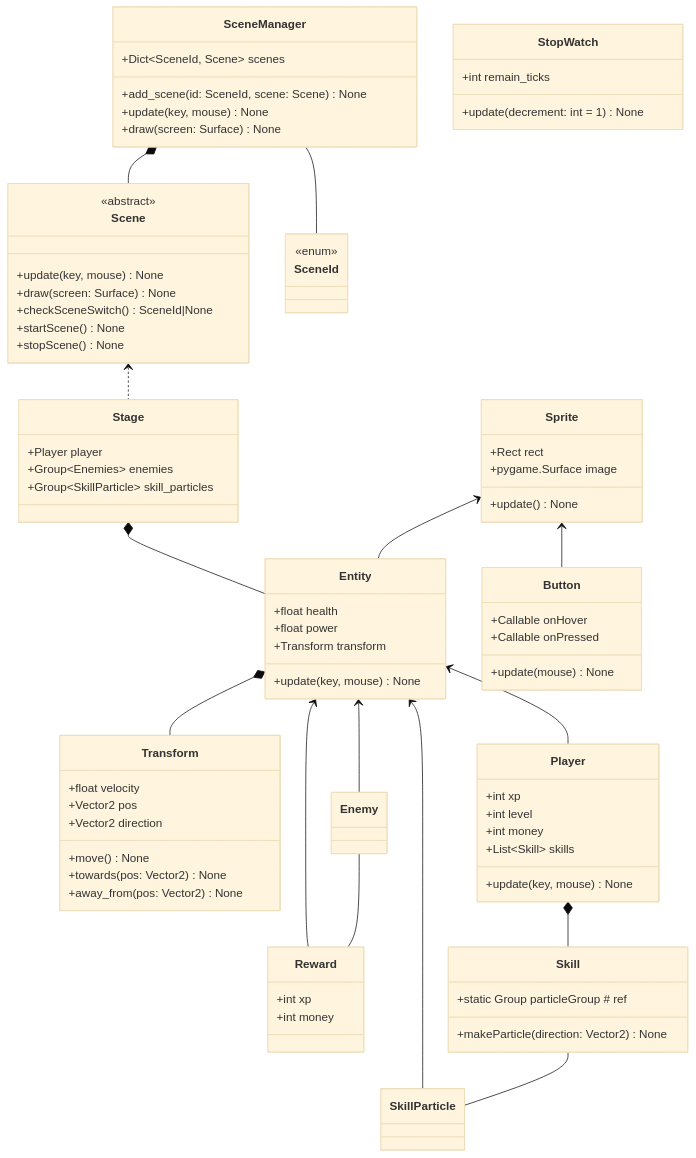
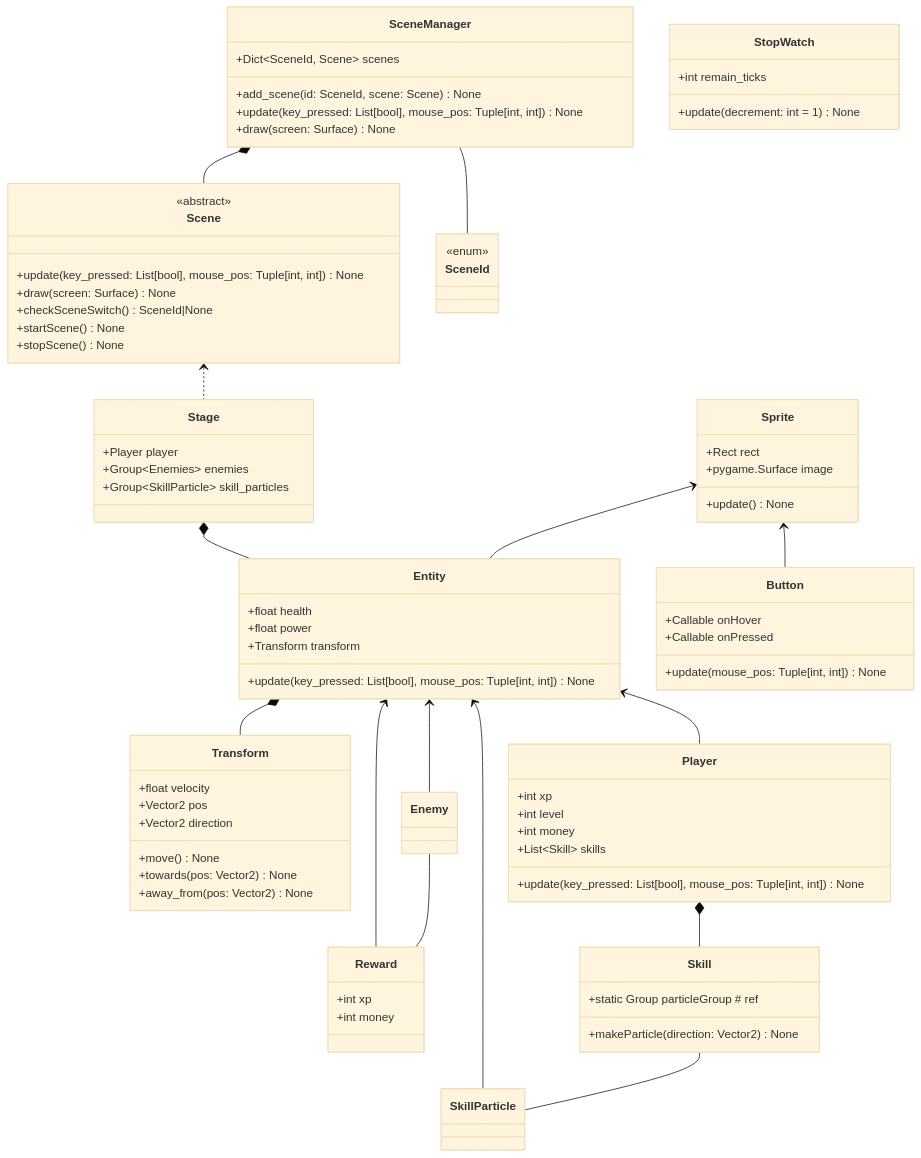
The diagram in uml.md (tteokgook1g/salmon_game), drawn with Mermaid (base theme) before and after one commit. The commit also changed 6 other files, not shown here.

```diff
--- a/uml.md
+++ b/uml.md
@@ -6,14 +6,14 @@
     +Dict~SceneId, Scene~ scenes
 
     +add_scene(id: SceneId, scene: Scene) None
-    +update(key, mouse) None
+    +update(key_pressed: List[bool], mouse_pos: Tuple[int, int]) None
     +draw(screen: Surface) None
 }
 SceneManager*--Scene
 SceneManager--SceneId
 
 class Scene{
-    +update(key, mouse) None
+    +update(key_pressed: List[bool], mouse_pos: Tuple[int, int]) None
     +draw(screen: Surface) None
     +checkSceneSwitch() SceneId|None
     +startScene() None
@@ -48,7 +48,7 @@
     +float power
     +Transform transform
 
-    +update(key, mouse) None
+    +update(key_pressed: List[bool], mouse_pos: Tuple[int, int]) None
 }
 Entity*--Transform
 
@@ -68,7 +68,7 @@
     +int money
     +List~Skill~ skills
 
-    +update(key, mouse) None
+    +update(key_pressed: List[bool], mouse_pos: Tuple[int, int]) None
 }
 
 
@@ -106,7 +106,7 @@
     +Callable onHover
     +Callable onPressed
 
-    +update(mouse) None
+    +update(mouse_pos: Tuple[int, int]) None
 }
 Sprite<--Button
 
```
